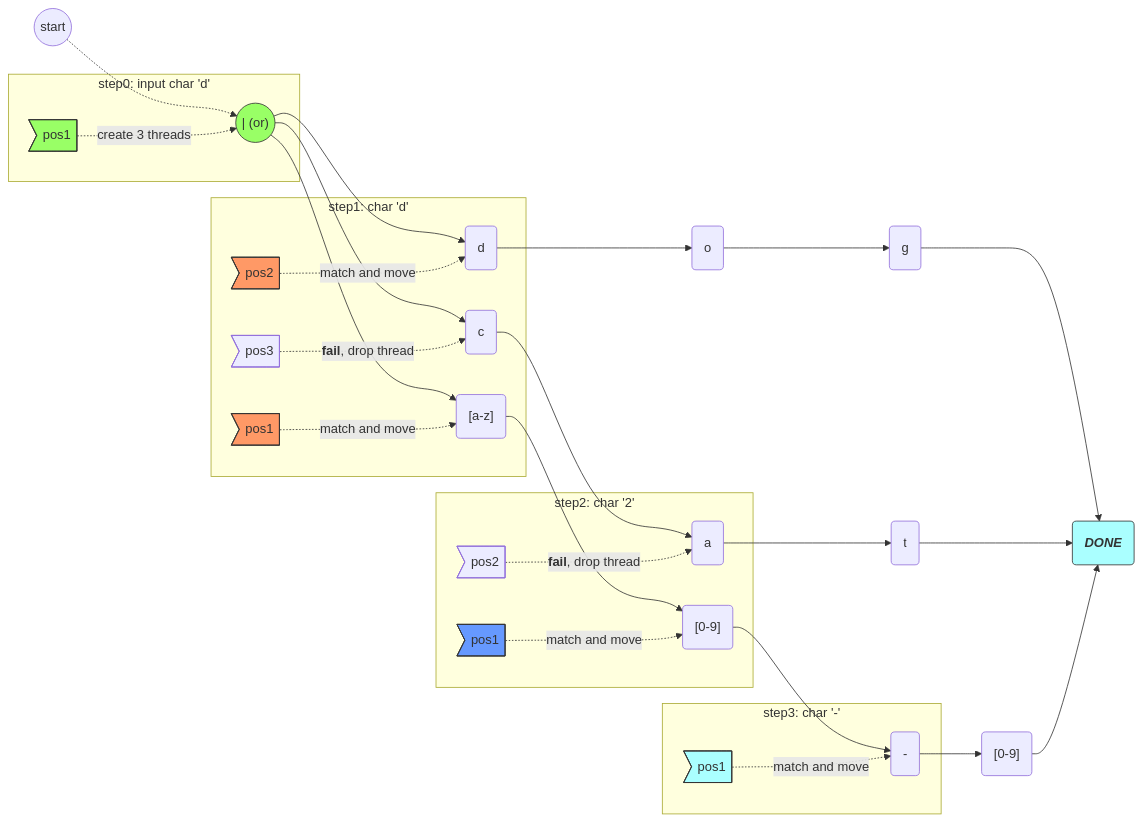
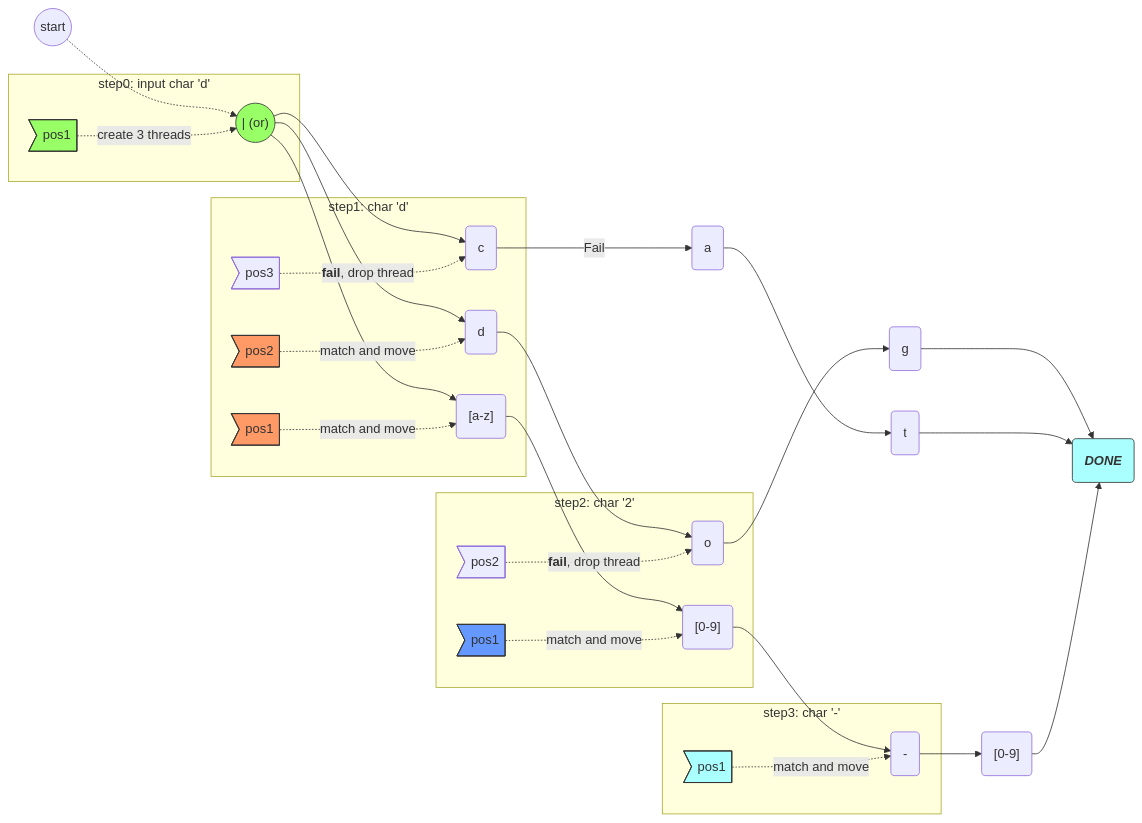
One commit to nurulc/incr-regex-package changed the diagram in regex-diag.mermaid. Above: the diagram before and after it, drawn with Mermaid.

```diff
--- a/regex-diag.mermaid
+++ b/regex-diag.mermaid
@@ -1,46 +1,47 @@
 graph LR
 classDef green fill:#9f6,stroke:#333;
 classDef orange fill:#f96,stroke:#333;
 classDef blue fill:#69f,stroke:#333;
 classDef cyan fill:#aff,stroke:#333;
 classDef fail fill:#f88,stroke:#333,text-decoration:line-through;
 
 start((start)) -.-> A(("| (or)"))
 A --> B("[a-z]")
 A --> C(c)
 A --> D(d)
 B --> B1("[0-9]")
 B1 --> B2("-")
 B2 --> B3("[0-9]")
-C --> C1(a)
+C -- Fail --> C1(a)
 C1 --> C2(t)
 D --> D1(o)
 D1 --> D2(g)
 D2 --> END(<b><i>DONE</i></b>)
 C2 --> END
 B3 --> END
 class A green;
 
-subgraph step0: input char 'd'
-W>pos1] -. create 3 threads .-> A
-end
-
 subgraph step1: char 'd' 
 X>pos1] -. match and  move .-> B
 Y>pos3] -. <b>fail</b>, drop thread .-> C
 Z>pos2]  -. match and move .-> D
 end
 
+subgraph step0: input char 'd'
+W>pos1] -. create 3 threads .-> A
+end
+
+
 subgraph step2: char '2'
 X1>pos1] -.match and move.-> B1
-Y1>pos2] -.<b>fail</b>, drop thread.-> C1
+Y1>pos2] -.<b>fail</b>, drop thread.-> D1
 end
 
 subgraph step3: char '-'
 X2>pos1] -.match and move.-> B2
 end
 
 class X,Z orange;
 class W green;
 class X1 blue
 class X2,END cyan
```
